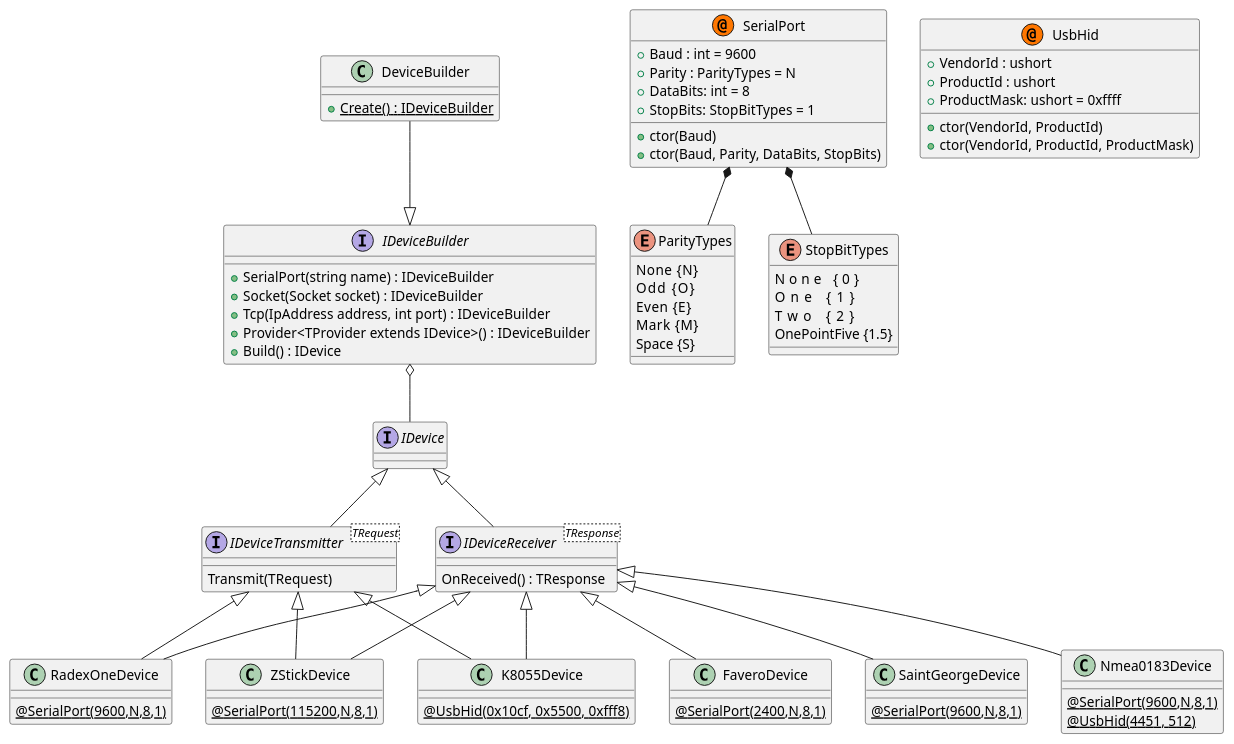
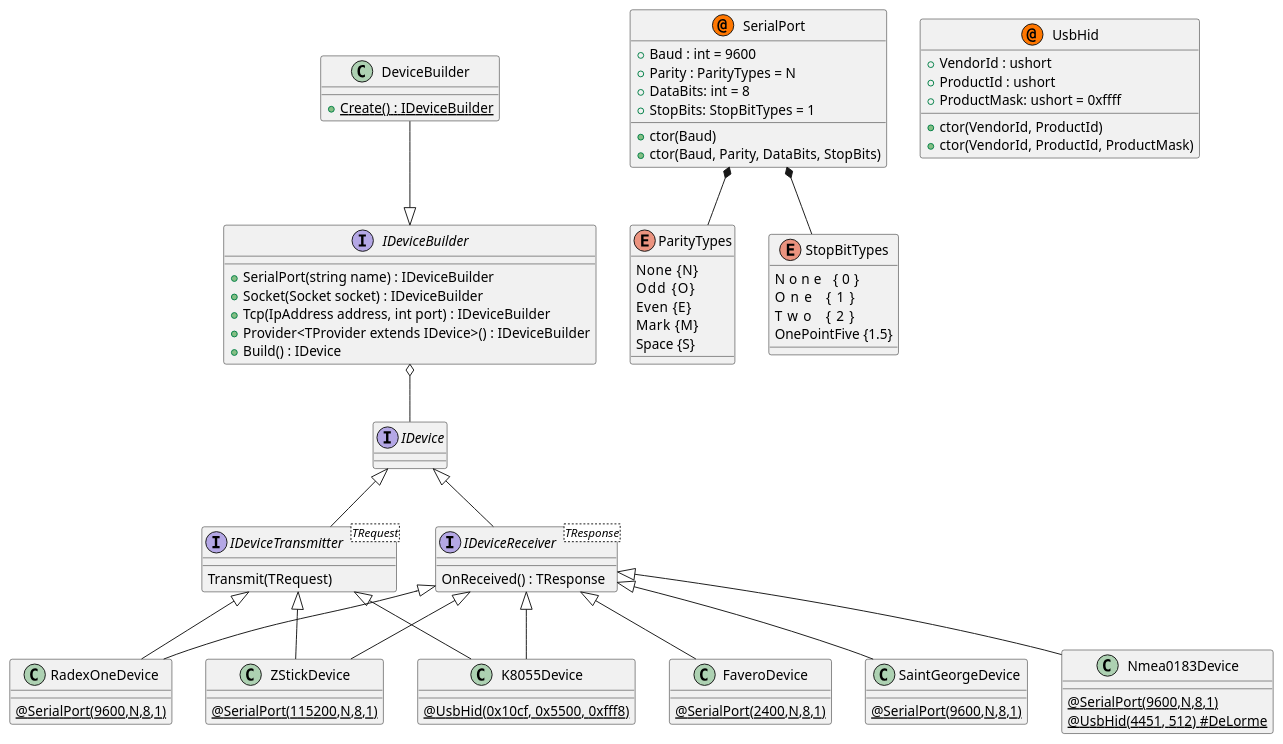
Before and after one commit to mwwhited/BinaryDataDecoders: the diagram in src/BinaryDataDecoders.IO.Abstractions/Design.md, drawn with PlantUML. The commit also changed 5 other files, not shown here.

```diff
--- a/src/BinaryDataDecoders.IO.Abstractions/Design.md
+++ b/src/BinaryDataDecoders.IO.Abstractions/Design.md
@@ -85,7 +85,7 @@
 
 class Nmea0183Device {
     {static} @SerialPort(9600,N,8,1)
-    {static} @UsbHid(4451, 512)
+    {static} @UsbHid(4451, 512) #DeLorme
 }
 IDeviceReceiver <|-- Nmea0183Device
 
```
